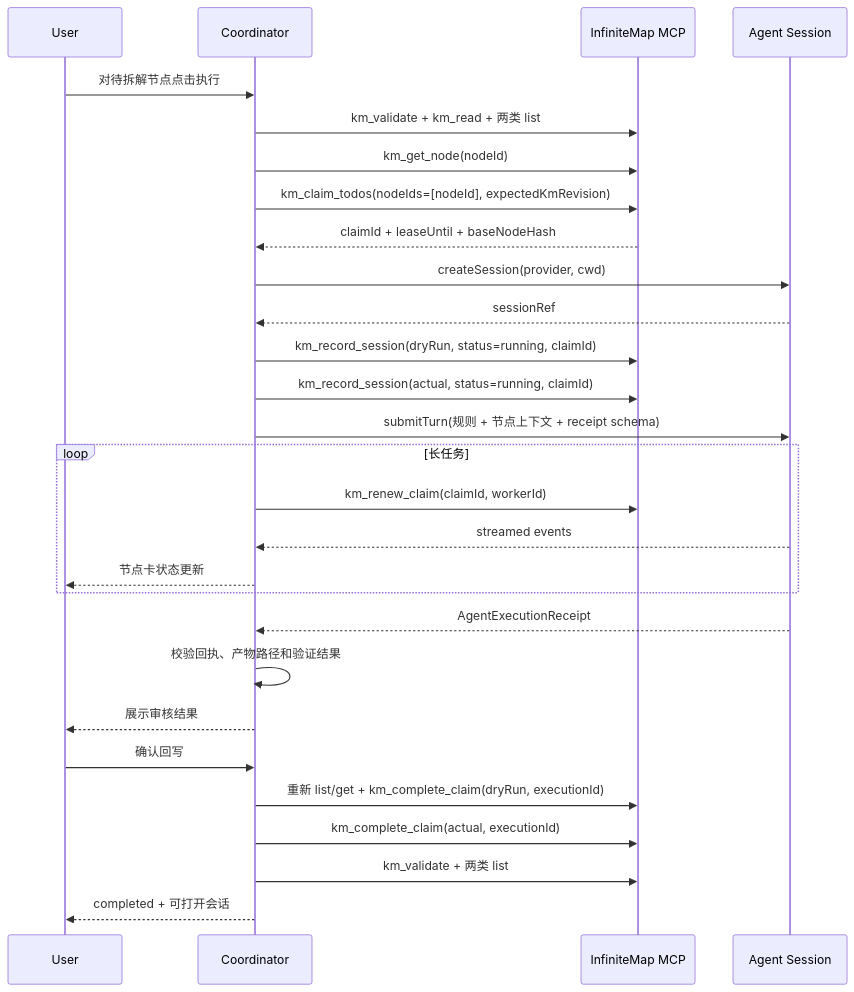
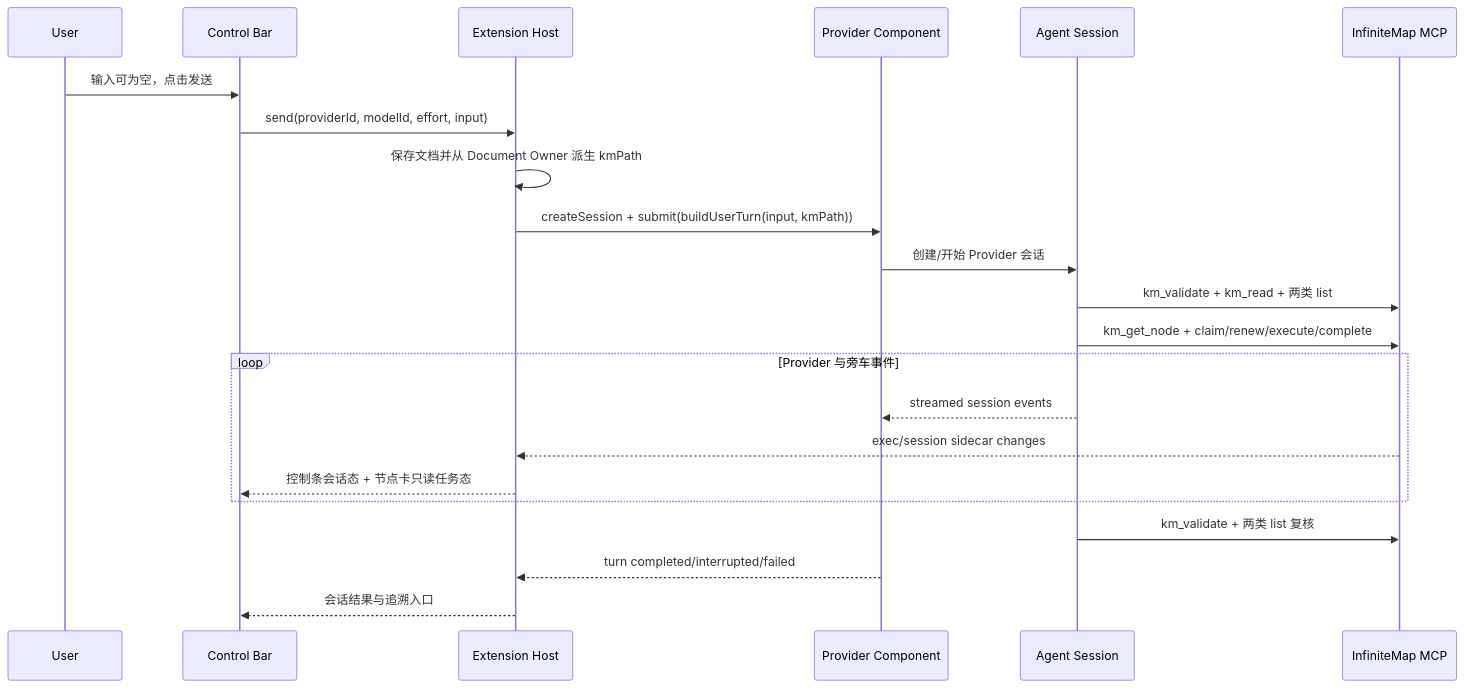
One commit to QunterShion/InfiniteMap changed the third of 5 diagrams in docs/editor-agent-session-task-execution-design.md. Above: the diagram before and after it, drawn with Mermaid. The commit also changed other lines of this file, not shown here.

````diff
--- a/docs/editor-agent-session-task-execution-design.md
+++ b/docs/editor-agent-session-task-execution-design.md
@@ -416,31 +488,25 @@
 ```mermaid
 sequenceDiagram
     participant U as User
-    participant C as Coordinator
+    participant W as Control Bar
+    participant H as Extension Host
+    participant P as Provider Component
+    participant A as Agent Session
     participant M as InfiniteMap MCP
-    participant S as Agent Session
 
-    U->>C: 对待拆解节点点击执行
-    C->>M: km_validate + km_read + 两类 list
-    C->>M: km_get_node(nodeId)
-    C->>M: km_claim_todos(nodeIds=[nodeId], expectedKmRevision)
-    M-->>C: claimId + leaseUntil + baseNodeHash
-    C->>S: createSession(provider, cwd)
-    S-->>C: sessionRef
-    C->>M: km_record_session(dryRun, status=running, claimId)
-    C->>M: km_record_session(actual, status=running, claimId)
-    C->>S: submitTurn(规则 + 节点上下文 + receipt schema)
-    loop 长任务
-      C->>M: km_renew_claim(claimId, workerId)
-      S-->>C: streamed events
-      C-->>U: 节点卡状态更新
+    U->>W: 输入可为空，点击发送
+    W->>H: send(providerId, modelId, effort, input)
+    H->>H: 保存文档并从 Document Owner 派生 kmPath
+    H->>P: createSession + submit(buildUserTurn(input, kmPath))
+    P->>A: 创建/开始 Provider 会话
+    A->>M: km_validate + km_read + 两类 list
+    A->>M: km_get_node + claim/renew/execute/complete
+    loop Provider 与旁车事件
+      A-->>P: streamed session events
+      M-->>H: exec/session sidecar changes
+      H-->>W: 控制条会话态 + 节点卡只读任务态
     end
-    S-->>C: AgentExecutionReceipt
-    C->>C: 校验回执、产物路径和验证结果
-    C-->>U: 展示审核结果
-    U->>C: 确认回写
-    C->>M: 重新 list/get + km_complete_claim(dryRun, executionId)
-    C->>M: km_complete_claim(actual, executionId)
-    C->>M: km_validate + 两类 list
-    C-->>U: completed + 可打开会话
+    A->>M: km_validate + 两类 list 复核
+    P-->>H: turn completed/interrupted/failed
+    H-->>W: 会话结果与追溯入口
 ```
````
